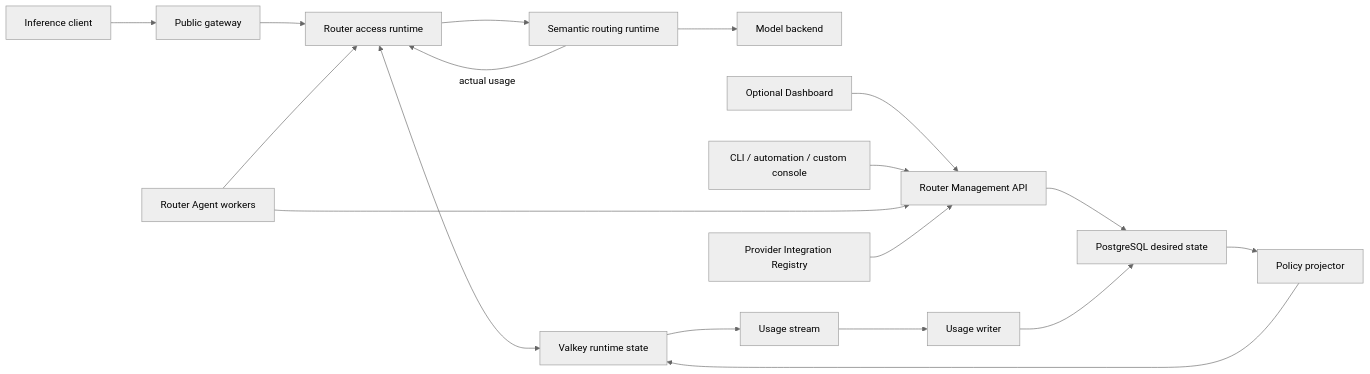
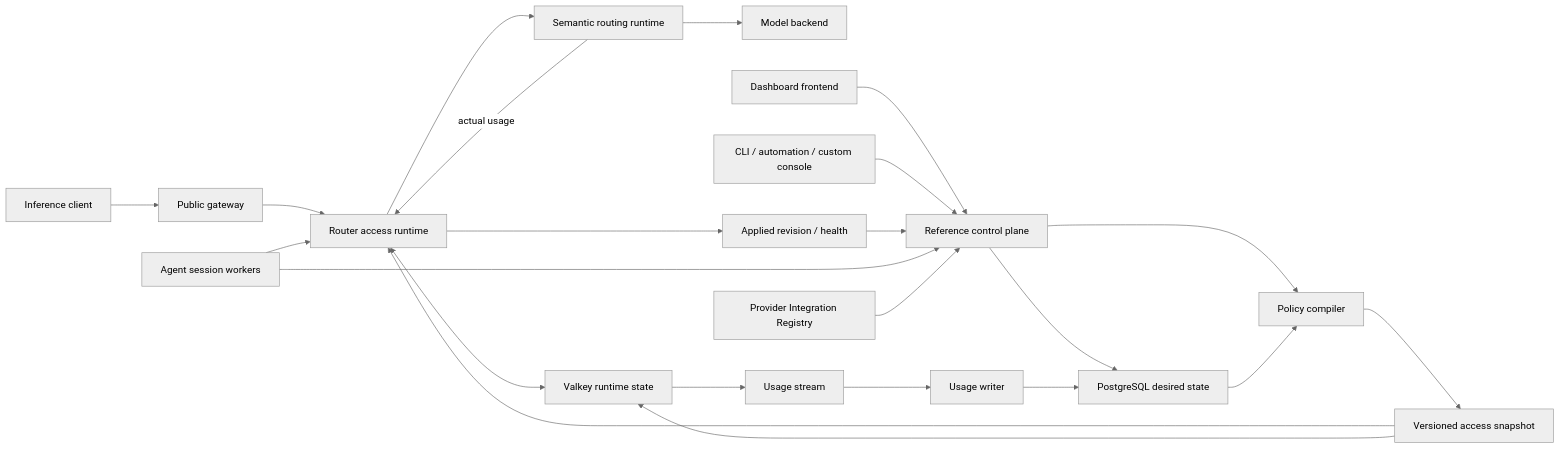
Before and after one commit to vllm-project/semantic-router: the diagram in website/docs/proposals/router-native-access-control.md, drawn with Mermaid (neutral theme). The commit also changed other lines of this file and 21 other files, not shown here.

Commit message:
Refine agent modes and control-plane boundaries

````diff
--- a/website/docs/proposals/router-native-access-control.md
+++ b/website/docs/proposals/router-native-access-control.md
@@ -130,21 +141,26 @@
 ```mermaid
 flowchart LR
     Client["Inference client"] --> Gateway["Public gateway"]
     Gateway --> Access["Router access runtime"]
     Access --> Runtime["Semantic routing runtime"]
     Runtime --> Backend["Model backend"]
     Access <--> Hot["Valkey runtime state"]
     Runtime -->|"actual usage"| Access
 
-    Dashboard["Optional Dashboard"] --> Management["Router Management API"]
-    CLI["CLI / automation / custom console"] --> Management
-    Agent["Router Agent workers"] --> Management
+    Dashboard["Dashboard frontend"] --> Control["Reference control plane"]
+    CLI["CLI / automation / custom console"] --> Control
+    Control --> PG["PostgreSQL desired state"]
+    Control --> Compiler["Policy compiler"]
+    PG --> Compiler
+    Compiler --> Projection["Versioned access snapshot"]
+    Projection --> Access
+    Projection --> Hot
+    Access --> Status["Applied revision / health"]
+    Status --> Control
+    Agent["Agent session workers"] --> Control
     Agent --> Access
-    Integrations["Provider Integration Registry"] --> Management
-    Management --> PG["PostgreSQL desired state"]
-    PG --> Projector["Policy projector"]
-    Projector --> Hot
+    Integrations["Provider Integration Registry"] --> Control
     Hot --> Stream["Usage stream"]
     Stream --> Writer["Usage writer"]
     Writer --> PG
 ```
````
